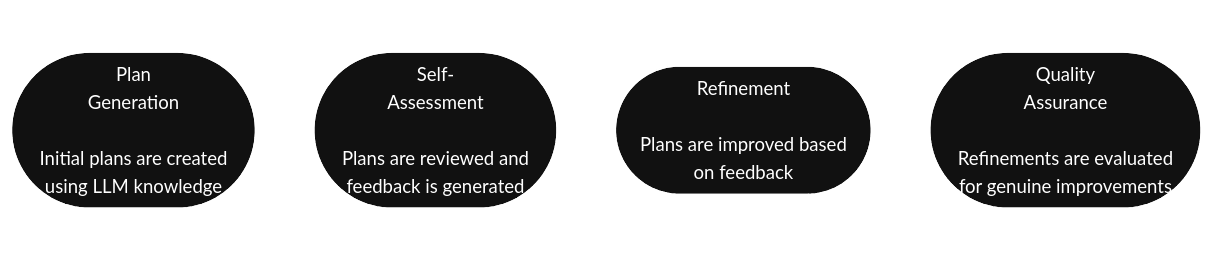
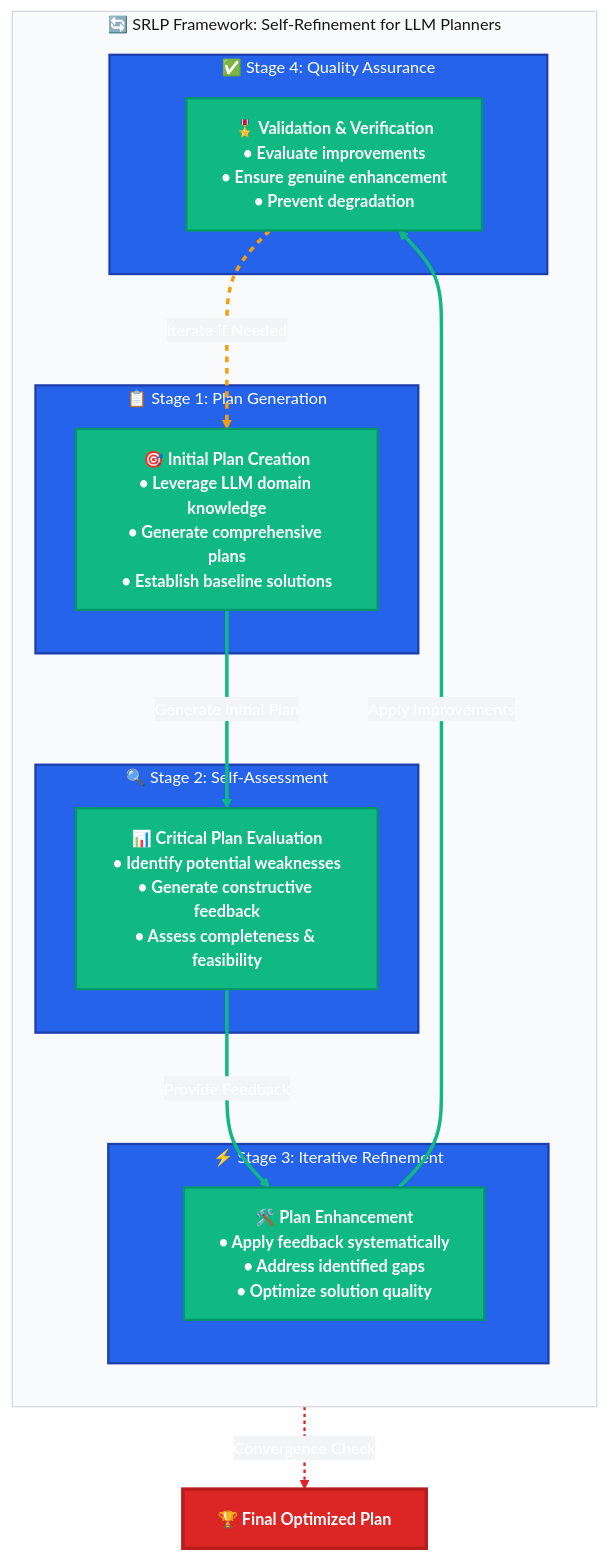
One commit to moelhaj996/SRLP-thesis- changed the diagram in README.md. Above: the diagram before and after it, drawn with Mermaid. The commit also changed 1 other file, not shown here.

````diff
--- a/README.md
+++ b/README.md
@@ -16,41 +16,64 @@
 ```mermaid
-%% Title: Four-Stage Self-Refinement Model
 %%{init: {
   "theme": "base",
   "themeVariables": {
-    "background": "#000000",
-    "primaryColor": "#111111",
-    "tertiaryColor": "#111111",
+    "background": "#fafafa",
+    "primaryColor": "#2563eb",
     "primaryTextColor": "#ffffff",
-    "primaryBorderColor": "#ffffff",
-    "lineColor": "#ffffff",
-    "clusterBkg": "#000000",
-    "fontFamily": "Inter, Arial, sans-serif"
+    "primaryBorderColor": "#1e40af",
+    "lineColor": "#374151",
+    "secondaryColor": "#f3f4f6",
+    "tertiaryColor": "#e5e7eb",
+    "clusterBkg": "#f9fafb",
+    "clusterBorder": "#d1d5db",
+    "fontFamily": "system-ui, -apple-system, sans-serif",
+    "fontSize": "14px"
   }
 }}%%
-flowchart LR
 
-    %% Nodes (use \n for line breaks)
-    PG(["Plan\nGeneration\n\nInitial plans are created\nusing LLM knowledge"])
-    SA(["Self-\nAssessment\n\nPlans are reviewed and\nfeedback is generated"])
-    QA(["Quality\nAssurance\n\nRefinements are evaluated\nfor genuine improvements"])
-    RF(["Refinement\n\nPlans are improved based\non feedback"])
+flowchart TD
+    subgraph SRLP ["🔄 SRLP Framework: Self-Refinement for LLM Planners"]
+        direction TB
 
-    %% Invisible positioning links to force 2×2 grid
-    PG --- QA
-    SA --- RF
+        subgraph Stage1 ["📋 Stage 1: Plan Generation"]
+            PG["🎯 Initial Plan Creation<br/>• Leverage LLM domain knowledge<br/>• Generate comprehensive plans<br/>• Establish baseline solutions"]
+        end
 
-    %% Loop arrows (right, down, left, up)
-    PG --> SA
-    SA --> RF
-    RF --> QA
-    QA --> PG
+        subgraph Stage2 ["🔍 Stage 2: Self-Assessment"]
+            SA["📊 Critical Plan Evaluation<br/>• Identify potential weaknesses<br/>• Generate constructive feedback<br/>• Assess completeness & feasibility"]
+        end
 
-    %% Styling (rounded rect vibe + white strokes/text)
-    classDef bw fill:#111111,stroke:#ffffff,color:#ffffff,stroke-width:1.5px;
-    class PG,SA,QA,RF bw;
+        subgraph Stage3 ["⚡ Stage 3: Iterative Refinement"]
+            RF["🛠️ Plan Enhancement<br/>• Apply feedback systematically<br/>• Address identified gaps<br/>• Optimize solution quality"]
+        end
 
-    %% Hide the positioning link lines
-    linkStyle 0,1 stroke:transparent,opacity:0;
+        subgraph Stage4 ["✅ Stage 4: Quality Assurance"]
+            QA["🎖️ Validation & Verification<br/>• Evaluate improvements<br/>• Ensure genuine enhancement<br/>• Prevent degradation"]
+        end
+    end
 
+    %% Primary flow arrows with enhanced styling
+    PG -->|"Generate Initial Plan"| SA
+    SA -->|"Provide Feedback"| RF
+    RF -->|"Apply Improvements"| QA
+    QA -->|"Iterate if Needed"| PG
+
+    %% Feedback loop annotation
+    QA -.->|"Convergence Check"| FINAL["🏆 Final Optimized Plan"]
+
+    %% Stage styling
+    classDef stageBox fill:#2563eb,stroke:#1e40af,color:#ffffff,stroke-width:2px
+    classDef processBox fill:#10b981,stroke:#059669,color:#ffffff,stroke-width:2px,font-weight:bold
+    classDef finalBox fill:#dc2626,stroke:#b91c1c,color:#ffffff,stroke-width:3px,font-weight:bold
+
+    class Stage1,Stage2,Stage3,Stage4 stageBox
+    class PG,SA,RF,QA processBox
+    class FINAL finalBox
+
+    %% Link styling
+    linkStyle 0 stroke:#10b981,stroke-width:3px
+    linkStyle 1 stroke:#10b981,stroke-width:3px
+    linkStyle 2 stroke:#10b981,stroke-width:3px
+    linkStyle 3 stroke:#f59e0b,stroke-width:3px,stroke-dasharray: 5 5
+    linkStyle 4 stroke:#dc2626,stroke-width:2px,stroke-dasharray: 3 3
 ```
````
